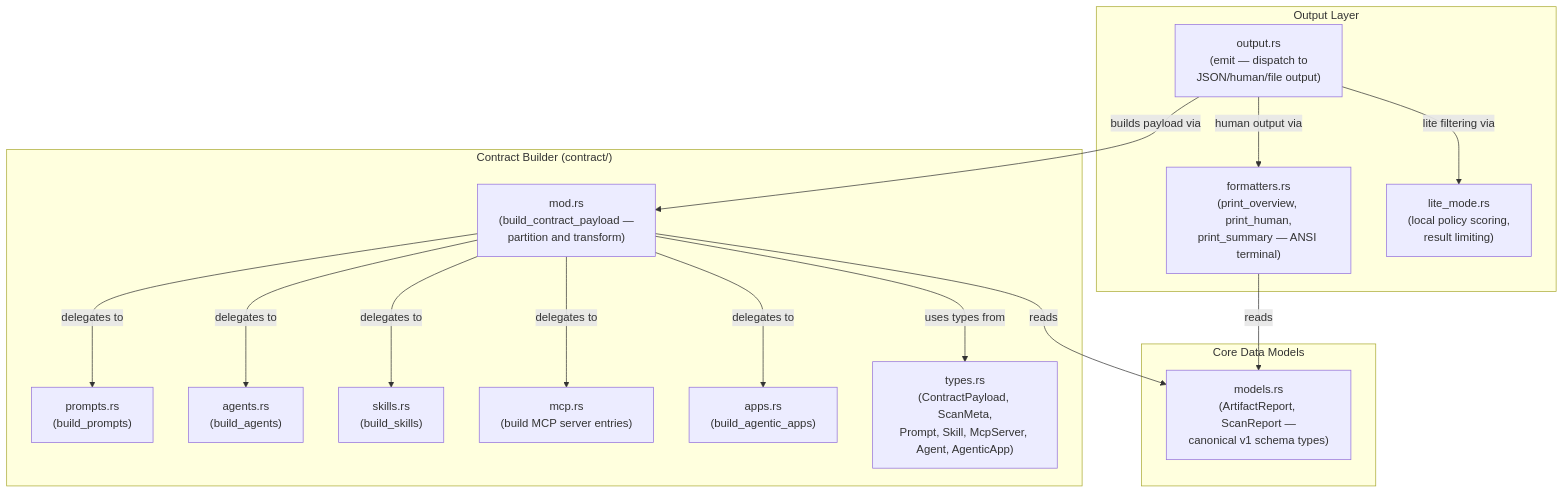
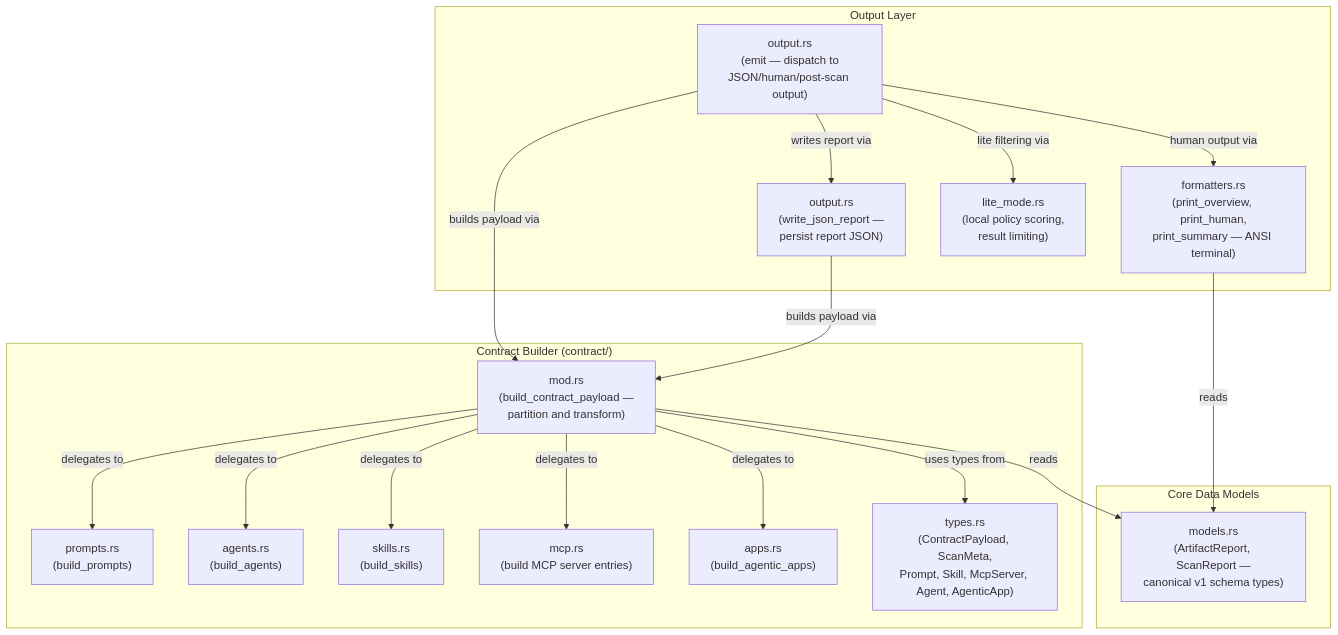
Before and after one commit to AgenticHighway/proov: the second of 3 diagrams in docs/c4-level3-component.md, drawn with Mermaid. The commit also changed other lines of this file and 6 other files, not shown here.

Commit message:
feat: add post-scan save flow

````diff
--- a/docs/c4-level3-component.md
+++ b/docs/c4-level3-component.md
@@ -50,34 +50,37 @@
 ```mermaid
 flowchart TD
     subgraph ContractLayer["Contract Builder (contract/)"]
         contract_mod["mod.rs\n(build_contract_payload —\npartition and transform)"]
         prompts["prompts.rs\n(build_prompts)"]
         agents["agents.rs\n(build_agents)"]
         skills["skills.rs\n(build_skills)"]
         mcp["mcp.rs\n(build MCP server entries)"]
         apps["apps.rs\n(build_agentic_apps)"]
         types["types.rs\n(ContractPayload, ScanMeta,\nPrompt, Skill, McpServer, Agent, AgenticApp)"]
     end
 
     subgraph OutputLayer["Output Layer"]
-        output["output.rs\n(emit — dispatch to\nJSON/human/file output)"]
+        output["output.rs\n(emit — dispatch to\nJSON/human/post-scan output)"]
+        write_json["output.rs\n(write_json_report —\npersist report JSON)"]
         formatters["formatters.rs\n(print_overview, print_human,\nprint_summary — ANSI terminal)"]
         lite_mode["lite_mode.rs\n(local policy scoring,\nresult limiting)"]
     end
 
     subgraph Models["Core Data Models"]
         models["models.rs\n(ArtifactReport, ScanReport —\ncanonical v1 schema types)"]
     end
 
     contract_mod -->|"delegates to"| prompts
     contract_mod -->|"delegates to"| agents
     contract_mod -->|"delegates to"| skills
     contract_mod -->|"delegates to"| mcp
     contract_mod -->|"delegates to"| apps
     contract_mod -->|"uses types from"| types
     output -->|"builds payload via"| contract_mod
+    output -->|"writes report via"| write_json
     output -->|"human output via"| formatters
     output -->|"lite filtering via"| lite_mode
+    write_json -->|"builds payload via"| contract_mod
     contract_mod -->|"reads"| models
     formatters -->|"reads"| models
 ```
````
